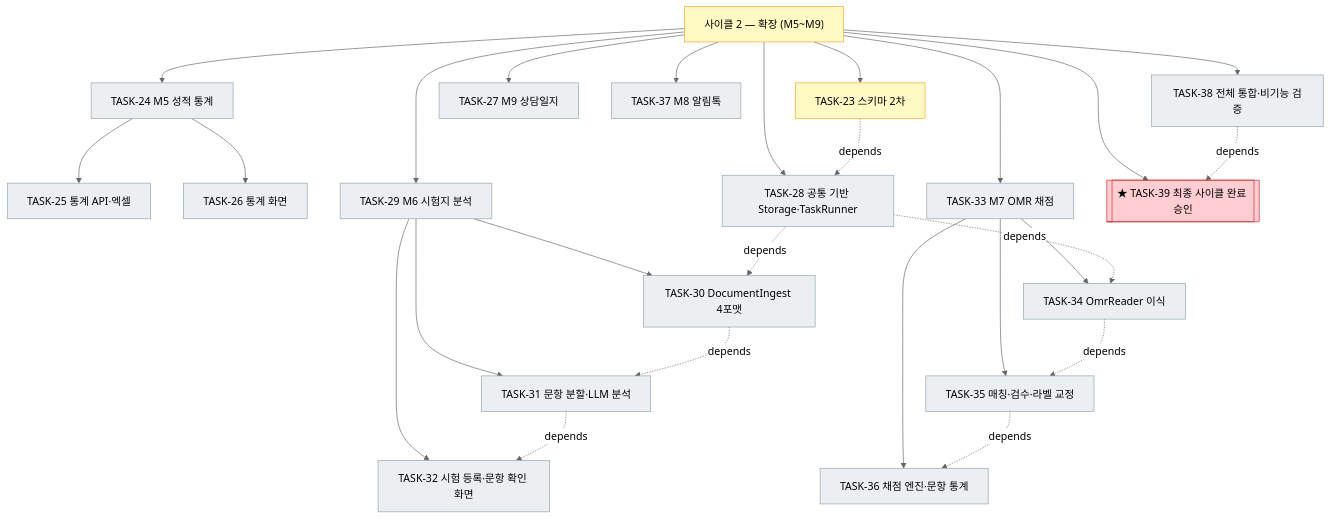
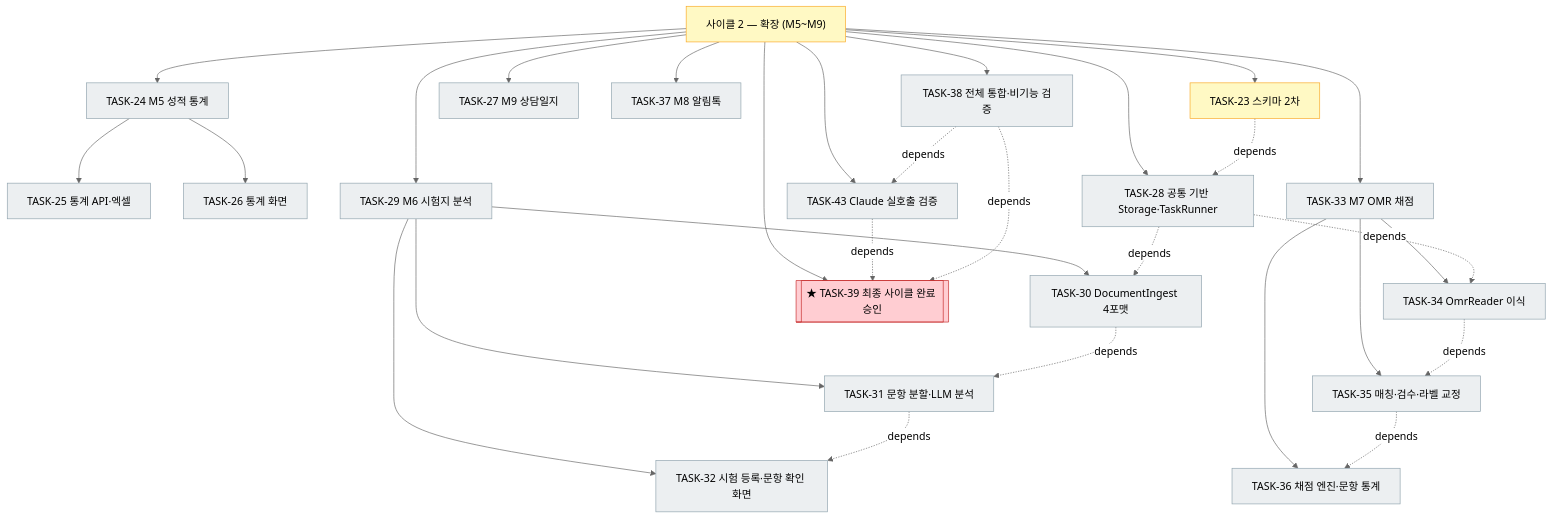
Before and after one commit to bluesky5008/mathdesk: the third of 3 diagrams in docs/plan.md, drawn with Mermaid (neutral theme). The commit also changed other lines of this file and 8 other files, not shown here.

````diff
--- a/docs/plan.md
+++ b/docs/plan.md
@@ -163,33 +165,36 @@
 ```mermaid
 flowchart TD
     C2["사이클 2 — 확장 (M5~M9)"]:::active
     C2 --> T23["TASK-23 스키마 2차"]:::active
     C2 --> T24["TASK-24 M5 성적 통계"]:::todo
     T24 --> T25["TASK-25 통계 API·엑셀"]:::todo
     T24 --> T26["TASK-26 통계 화면"]:::todo
     C2 --> T27["TASK-27 M9 상담일지"]:::todo
     C2 --> T28["TASK-28 공통 기반 Storage·TaskRunner"]:::todo
     C2 --> T29["TASK-29 M6 시험지 분석"]:::todo
     T29 --> T30["TASK-30 DocumentIngest 4포맷"]:::todo
     T29 --> T31["TASK-31 문항 분할·LLM 분석"]:::todo
     T29 --> T32["TASK-32 시험 등록·문항 확인 화면"]:::todo
     C2 --> T33["TASK-33 M7 OMR 채점"]:::todo
     T33 --> T34["TASK-34 OmrReader 이식"]:::todo
     T33 --> T35["TASK-35 매칭·검수·라벨 교정"]:::todo
     T33 --> T36["TASK-36 채점 엔진·문항 통계"]:::todo
     C2 --> T37["TASK-37 M8 알림톡"]:::todo
     C2 --> T38["TASK-38 전체 통합·비기능 검증"]:::todo
+    C2 --> T43["TASK-43 Claude 실호출 검증"]:::todo
     C2 --> T39[["★ TASK-39 최종 사이클 완료 승인"]]:::gate
     T23 -. depends .-> T28
     T28 -. depends .-> T30
     T30 -. depends .-> T31
     T31 -. depends .-> T32
     T28 -. depends .-> T34
     T34 -. depends .-> T35
     T35 -. depends .-> T36
+    T38 -. depends .-> T43
+    T43 -. depends .-> T39
     T38 -. depends .-> T39
     classDef done fill:#c8e6c9,stroke:#2e7d32
     classDef active fill:#fff9c4,stroke:#f9a825
     classDef todo fill:#eceff1,stroke:#90a4ae
     classDef gate fill:#ffcdd2,stroke:#c62828
 ```
````
